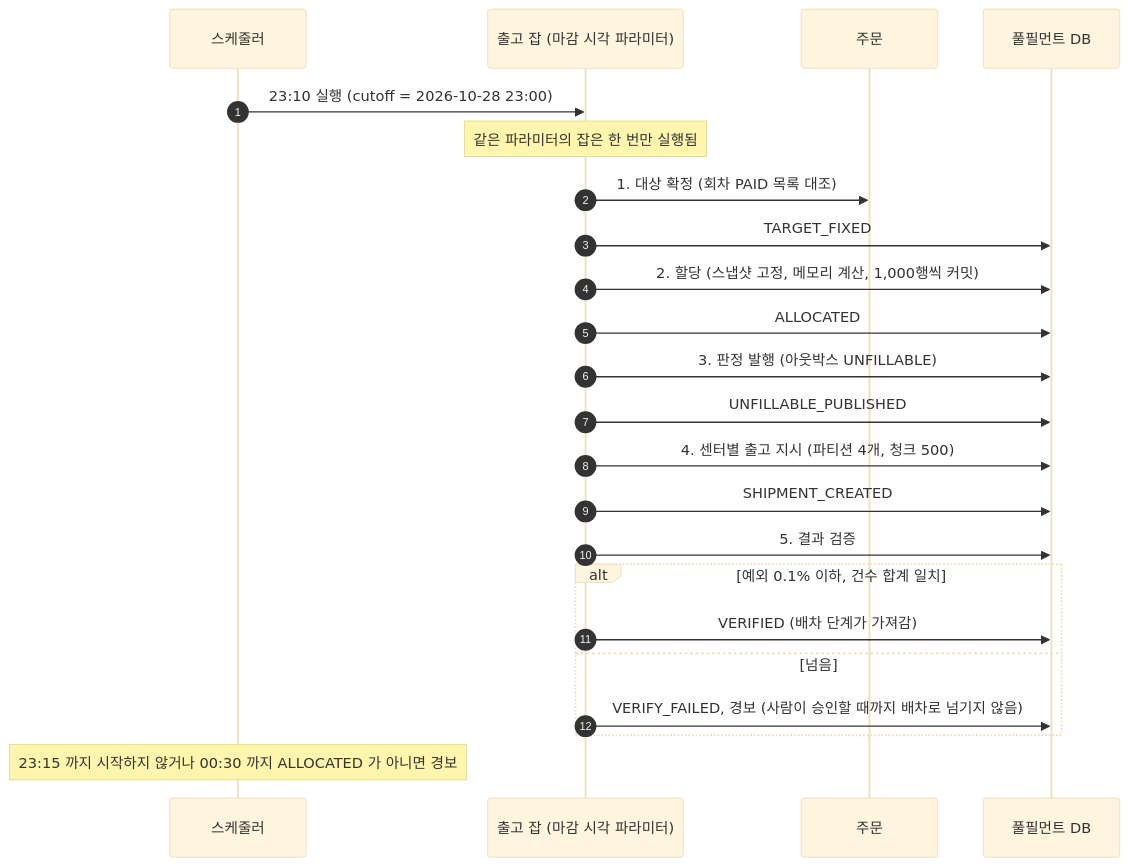
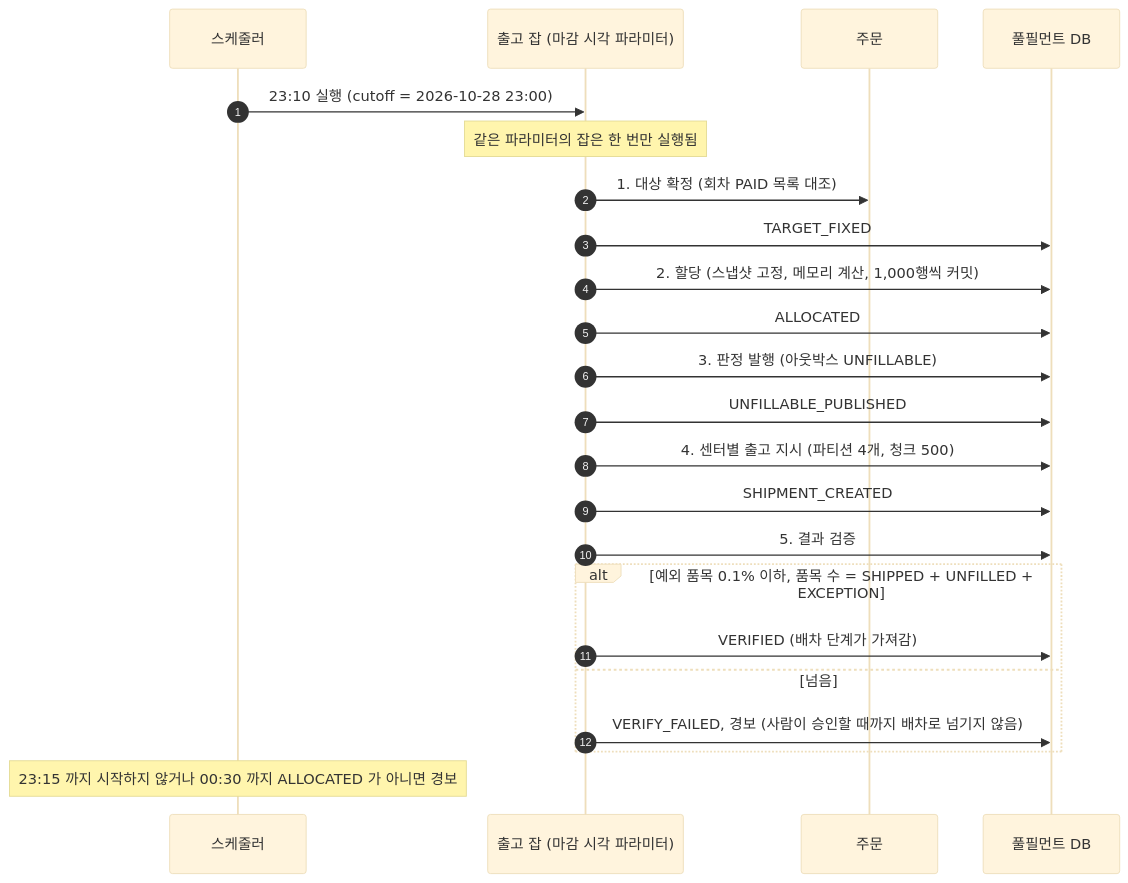
One commit to Bamdule/dawn-delivery-commerce changed the second of 6 diagrams in docs/sequence/05-출고-배치.md. Above: the diagram before and after it, drawn with Mermaid (base theme). The commit also changed other lines of this file and 16 other files, not shown here.

````diff
--- a/docs/sequence/05-출고-배치.md
+++ b/docs/sequence/05-출고-배치.md
@@ -40,26 +40,26 @@
 ```mermaid
 sequenceDiagram
     autonumber
     participant 스케줄러
     participant 잡 as 출고 잡 (마감 시각 파라미터)
     participant 주문
     participant DB as 풀필먼트 DB
 
     스케줄러->>잡: 23:10 실행 (cutoff = 2026-10-28 23:00)
     Note over 잡: 같은 파라미터의 잡은 한 번만 실행됨
     잡->>주문: 1. 대상 확정 (회차 PAID 목록 대조)
     잡->>DB: TARGET_FIXED
     잡->>DB: 2. 할당 (스냅샷 고정, 메모리 계산, 1,000행씩 커밋)
     잡->>DB: ALLOCATED
     잡->>DB: 3. 판정 발행 (아웃박스 UNFILLABLE)
     잡->>DB: UNFILLABLE_PUBLISHED
     잡->>DB: 4. 센터별 출고 지시 (파티션 4개, 청크 500)
     잡->>DB: SHIPMENT_CREATED
     잡->>DB: 5. 결과 검증
-    alt 예외 0.1% 이하, 건수 합계 일치
+    alt 예외 품목 0.1% 이하, 품목 수 = SHIPPED + UNFILLED + EXCEPTION
         잡->>DB: VERIFIED (배차 단계가 가져감)
     else 넘음
         잡->>DB: VERIFY_FAILED, 경보 (사람이 승인할 때까지 배차로 넘기지 않음)
     end
     Note over 스케줄러: 23:15 까지 시작하지 않거나 00:30 까지 ALLOCATED 가 아니면 경보
 ```
````
